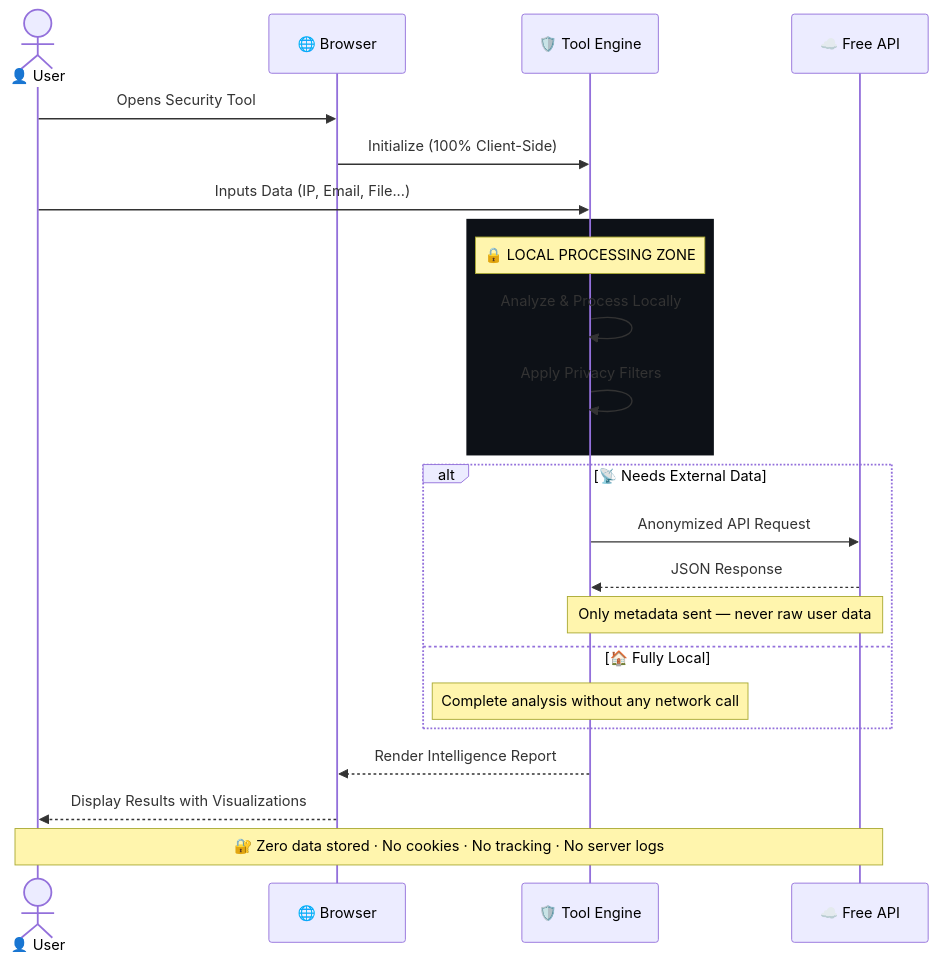
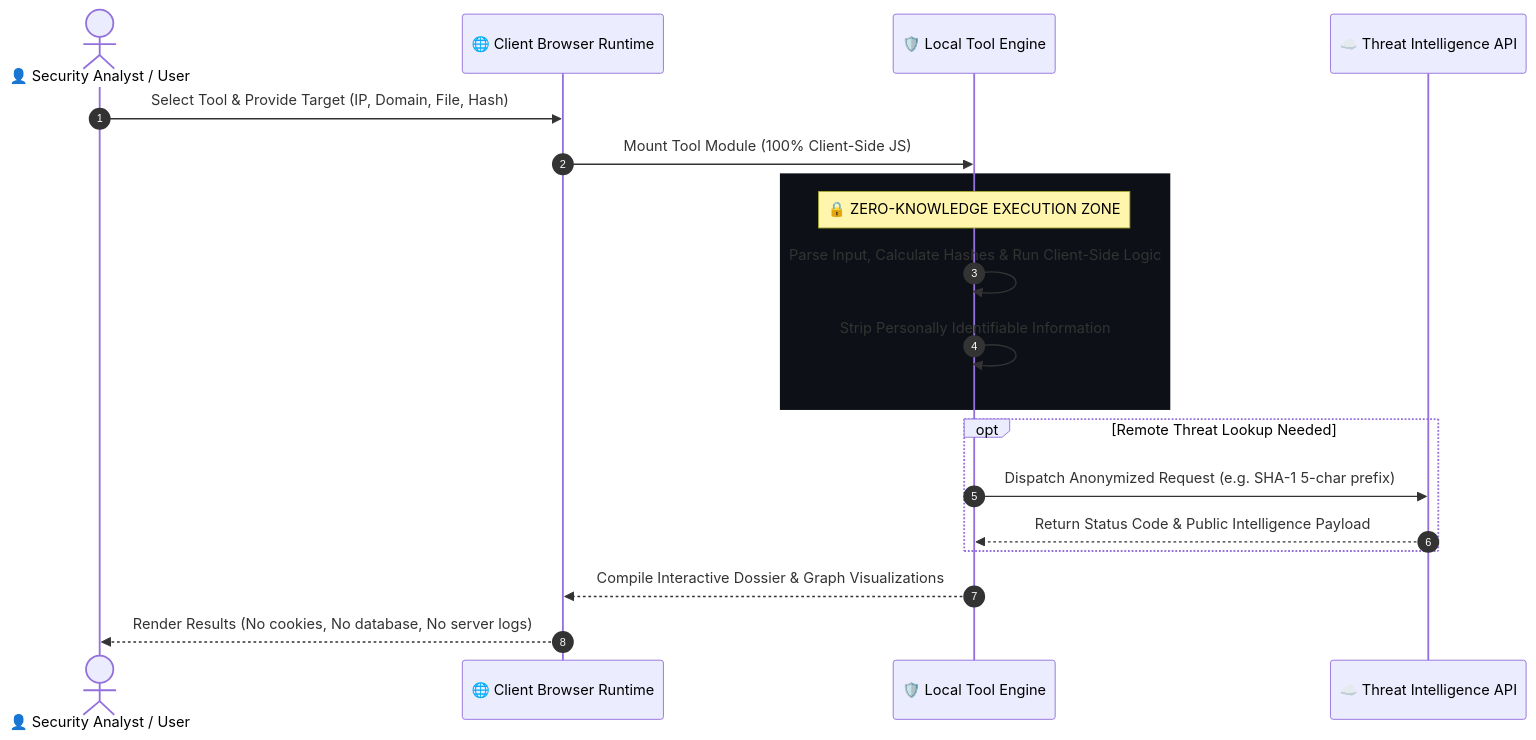
One commit to Ab-aswini/Aswini--mini-security-tool-portfolio changed the third of 8 diagrams in README.md. Above: the diagram before and after it, drawn with Mermaid. The commit also changed other lines of this file, not shown here.

Commit message:
docs: resolve rich display rendering errors and polish Mermaid architecture diagrams

````diff
--- a/README.md
+++ b/README.md
@@ -190,31 +175,25 @@
 ```mermaid
 sequenceDiagram
-    actor User as 👤 User
-    participant Browser as 🌐 Browser
-    participant Tool as 🛡️ Tool Engine
-    participant API as ☁️ Free API
+    autonumber
+    actor User as 👤 Security Analyst / User
+    participant Browser as 🌐 Client Browser Runtime
+    participant Engine as 🛡️ Local Tool Engine
+    participant API as ☁️ Threat Intelligence API
 
-    User->>Browser: Opens Security Tool
-    Browser->>Tool: Initialize (100% Client-Side)
-    
-    User->>Tool: Inputs Data (IP, Email, File...)
+    User->>Browser: Select Tool & Provide Target (IP, Domain, File, Hash)
+    Browser->>Engine: Mount Tool Module (100% Client-Side JS)
     
     rect rgb(13, 17, 23)
-        Note over Tool: 🔒 LOCAL PROCESSING ZONE
-        Tool->>Tool: Analyze & Process Locally
-        Tool->>Tool: Apply Privacy Filters
+        Note over Engine: 🔒 ZERO-KNOWLEDGE EXECUTION ZONE
+        Engine->>Engine: Parse Input, Calculate Hashes & Run Client-Side Logic
+        Engine->>Engine: Strip Personally Identifiable Information
     end
 
-    alt 📡 Needs External Data
-        Tool->>API: Anonymized API Request
-        API-->>Tool: JSON Response
-        Note over Tool,API: Only metadata sent — never raw user data
-    else 🏠 Fully Local
-        Note over Tool: Complete analysis without any network call
+    opt Remote Threat Lookup Needed
+        Engine->>API: Dispatch Anonymized Request (e.g. SHA-1 5-char prefix)
+        API-->>Engine: Return Status Code & Public Intelligence Payload
     end
 
-    Tool-->>Browser: Render Intelligence Report
-    Browser-->>User: Display Results with Visualizations
-    
-    Note over User,API: 🔐 Zero data stored · No cookies · No tracking · No server logs
+    Engine-->>Browser: Compile Interactive Dossier & Graph Visualizations
+    Browser-->>User: Render Results (No cookies, No database, No server logs)
 ```
````
